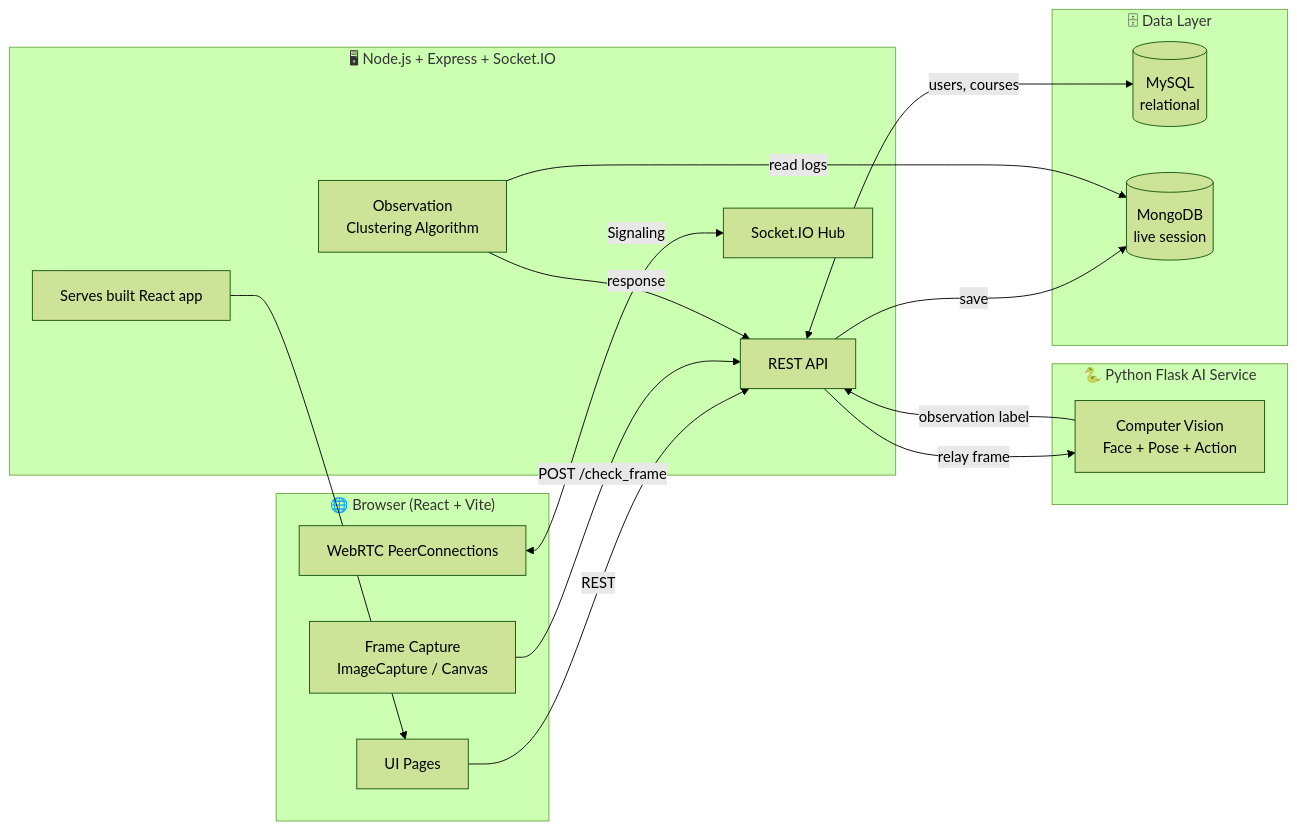
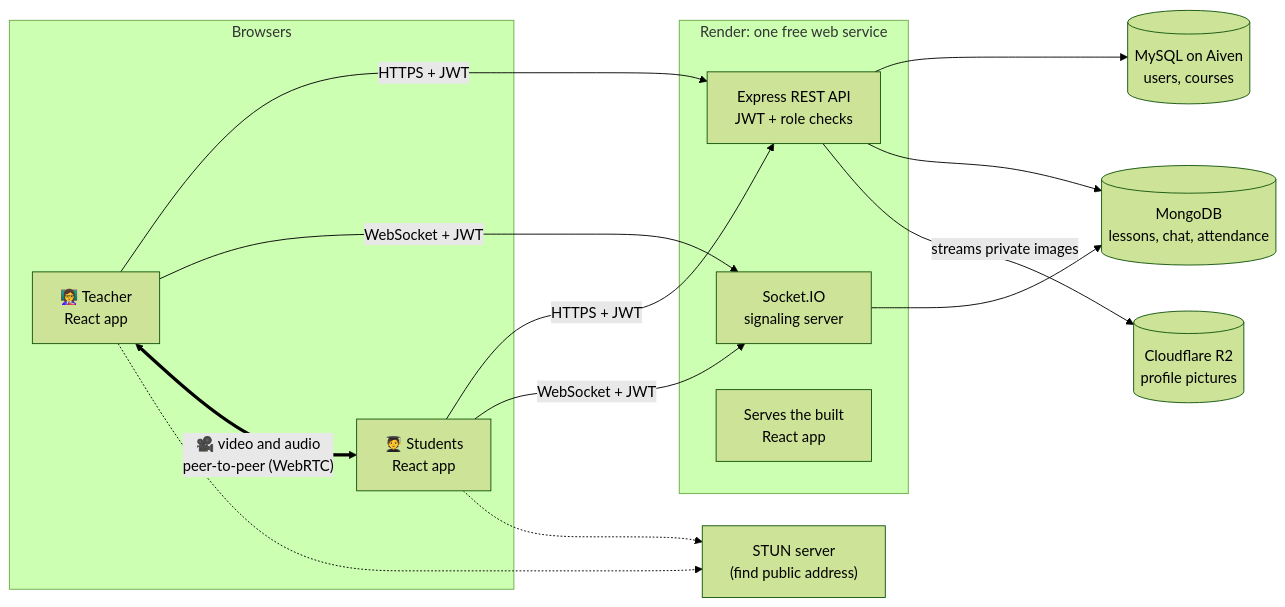
The second of 5 diagrams in readme.md (sami000khaleel/teach-me), drawn with Mermaid (forest theme) before and after one commit. The commit also changed other lines of this file and 52 other files, not shown here.

````diff
--- a/readme.md
+++ b/readme.md
@@ -82,35 +137,27 @@
 ```mermaid
 flowchart LR
-    subgraph Browser["🌐 Browser (React + Vite)"]
-        UI[UI Pages]
-        RTC[WebRTC PeerConnections]
-        SNAP[Frame Capture<br/>ImageCapture / Canvas]
+    subgraph B["Browsers"]
+        T["👩‍🏫 Teacher<br/>React app"]
+        S["🧑‍🎓 Students<br/>React app"]
     end
 
-    subgraph Server["🖥 Node.js + Express + Socket.IO"]
-        API[REST API]
-        SIO[Socket.IO Hub]
-        ALGO[Observation<br/>Clustering Algorithm]
-        DIST[Serves built React app]
+    subgraph R["Render: one free web service"]
+        API["Express REST API<br/>JWT + role checks"]
+        WS["Socket.IO<br/>signaling server"]
+        FE["Serves the built<br/>React app"]
     end
 
-    subgraph AI["🐍 Python Flask AI Service"]
-        CV[Computer Vision<br/>Face + Pose + Action]
-    end
+    MY[("MySQL on Aiven<br/>users, courses")]
+    MO[("MongoDB<br/>lessons, chat, attendance")]
+    R2[("Cloudflare R2<br/>profile pictures")]
+    STUN["STUN server<br/>(find public address)"]
 
-    subgraph DB["🗄 Data Layer"]
-        MY[(MySQL<br/>relational)]
-        MG[(MongoDB<br/>live session)]
-    end
-
-    UI -->|REST| API
-    RTC <-->|Signaling| SIO
-    SNAP -->|POST /check_frame| API
-    API -->|relay frame| CV
-    CV -->|observation label| API
-    API -->|save| MG
-    API <-->|users, courses| MY
-    ALGO -->|read logs| MG
-    ALGO -->|response| API
-    DIST --> UI
+    T & S -- "HTTPS + JWT" --> API
+    T & S -- "WebSocket + JWT" --> WS
+    API --> MY
+    API --> MO
+    API -- "streams private images" --> R2
+    WS --> MO
+    T <== "🎥 video and audio<br/>peer-to-peer (WebRTC)" ==> S
+    T & S -.-> STUN
 ```
````
